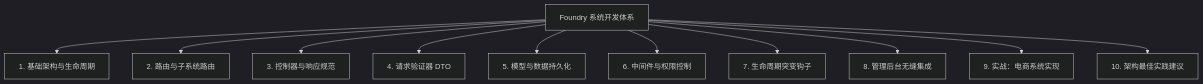
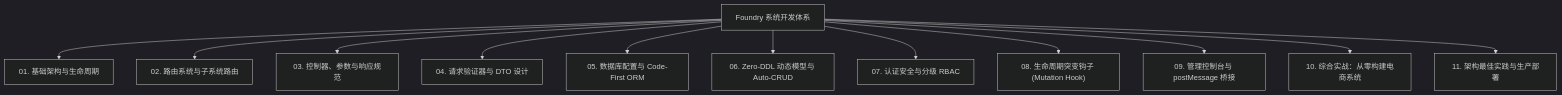
One commit to FoundKit/foundry changed the diagram in docs/src/content/docs/zh/guides/system-development.md. Above: the diagram before and after it, drawn with Mermaid (dark theme). The commit also changed other lines of this file and 34 other files, not shown here.

````diff
--- a/docs/src/content/docs/zh/guides/system-development.md
+++ b/docs/src/content/docs/zh/guides/system-development.md
@@ -16,14 +17,27 @@
 ```mermaid
 flowchart TD
     Root["Foundry 系统开发体系"]
-    Root --> C1["1. 基础架构与生命周期"]
-    Root --> C2["2. 路由与子系统路由"]
-    Root --> C3["3. 控制器与响应规范"]
-    Root --> C4["4. 请求验证器 DTO"]
-    Root --> C5["5. 模型与数据持久化"]
-    Root --> C6["6. 中间件与权限控制"]
-    Root --> C7["7. 生命周期突变钩子"]
-    Root --> C8["8. 管理后台无缝集成"]
-    Root --> C9["9. 实战：电商系统实现"]
-    Root --> C10["10. 架构最佳实践建议"]
+    Root --> C1["01. 基础架构与生命周期"]
+    Root --> C2["02. 路由系统与子系统路由"]
+    Root --> C3["03. 控制器、参数与响应规范"]
+    Root --> C4["04. 请求验证器与 DTO 设计"]
+    Root --> C5["05. 数据库配置与 Code-First ORM"]
+    Root --> C6["06. Zero-DDL 动态模型与 Auto-CRUD"]
+    Root --> C7["07. 认证安全与分级 RBAC"]
+    Root --> C8["08. 生命周期突变钩子 (Mutation Hook)"]
+    Root --> C9["09. 管理控制台与 postMessage 桥接"]
+    Root --> C10["10. 综合实战：从零构建电商系统"]
+    Root --> C11["11. 架构最佳实践与生产部署"]
+
+    click C1 "/zh/development/01-architecture-lifecycle/" "阅读基础架构"
+    click C2 "/zh/development/02-routing/" "阅读路由系统"
+    click C3 "/zh/development/03-controllers/" "阅读控制器"
+    click C4 "/zh/development/04-validation/" "阅读验证器"
+    click C5 "/zh/development/05-database-orm/" "阅读数据库ORM"
+    click C6 "/zh/development/06-dynamic-models/" "阅读动态模型"
+    click C7 "/zh/development/07-auth-security/" "阅读安全RBAC"
+    click C8 "/zh/development/08-mutation-hooks/" "阅读生命周期钩子"
+    click C9 "/zh/development/09-admin-integration/" "阅读后台集成"
+    click C10 "/zh/development/10-walkthrough-shop/" "阅读综合实战"
+    click C11 "/zh/development/11-best-practices/" "阅读最佳实践"
 ```
````
